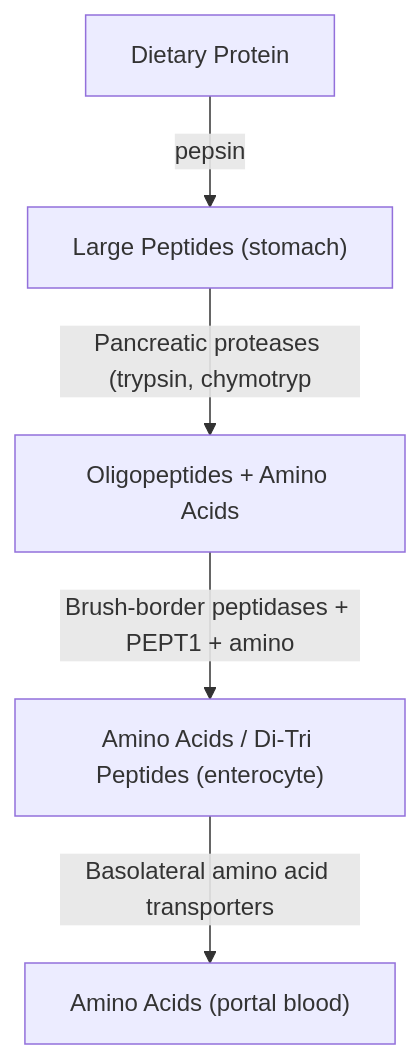
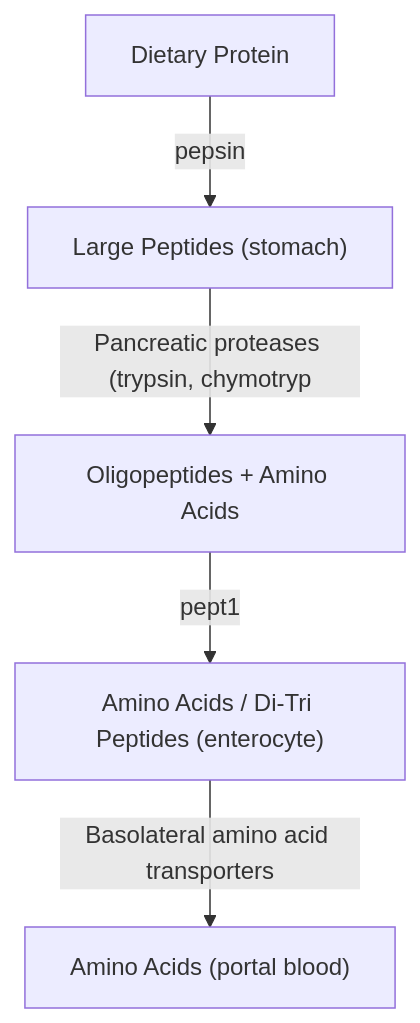
One commit to murffious/biology_as_code changed the diagram in src/biology_as_code/pathways/packs/protein_digestion_absorption/pathway.mermaid. Above: the diagram before and after it, drawn with Mermaid. The commit also changed 25 other files, not shown here.

Commit message:
feat: implement gut incretin network pathway with registry graph, mermaid visualization, and activity regulation logic

```diff
--- a/src/biology_as_code/pathways/packs/protein_digestion_absorption/pathway.mermaid
+++ b/src/biology_as_code/pathways/packs/protein_digestion_absorption/pathway.mermaid
@@ -1,12 +1,12 @@
 flowchart TD
   %% Auto-generated from registry pathway: protein_digestion_absorption
   %% Do not hand-edit; re-run scripts/export_pathway_packs.py
   dietary_protein["Dietary Protein"]
   peptides_stomach["Large Peptides (stomach)"]
   oligopeptides["Oligopeptides + Amino Acids"]
   amino_acids_enterocyte["Amino Acids / Di-Tri Peptides (enterocyte)"]
   amino_acids_blood["Amino Acids (portal blood)"]
   dietary_protein -->|"pepsin"| peptides_stomach
   peptides_stomach -->|"Pancreatic proteases (trypsin, chymotryp"| oligopeptides
-  oligopeptides -->|"Brush-border peptidases + PEPT1 + amino "| amino_acids_enterocyte
+  oligopeptides -->|"pept1"| amino_acids_enterocyte
   amino_acids_enterocyte -->|"Basolateral amino acid transporters"| amino_acids_blood
```
